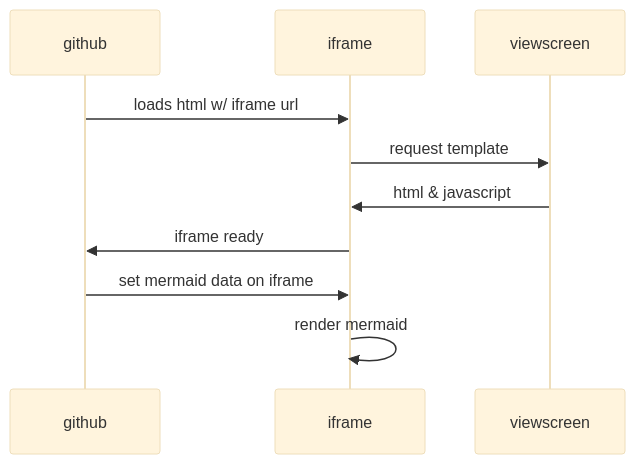
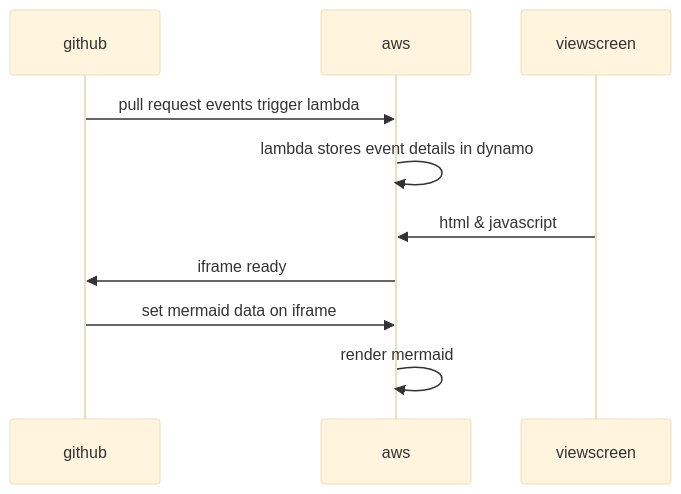
One commit to arpan-skilljar/testrepo changed the diagram in diagram.md. Above: the diagram before and after it, drawn with Mermaid (base theme).

Commit message:
more changes

````diff
--- a/diagram.md
+++ b/diagram.md
@@ -1,12 +1,12 @@
 ```mermaid
 sequenceDiagram
     participant github
-    participant iframe
+    participant aws
     participant viewscreen
-    github->>iframe: loads html w/ iframe url
-    iframe->>viewscreen: request template
-    viewscreen->>iframe: html & javascript
-    iframe->>github: iframe ready
-    github->>iframe: set mermaid data on iframe
-    iframe->>iframe: render mermaid
+    github->>aws: pull request events trigger lambda
+    aws->>aws: lambda stores event details in dynamo
+    viewscreen->>aws: html & javascript
+    aws->>github: iframe ready
+    github->>aws: set mermaid data on iframe
+    aws->>aws: render mermaid
 ```
````
